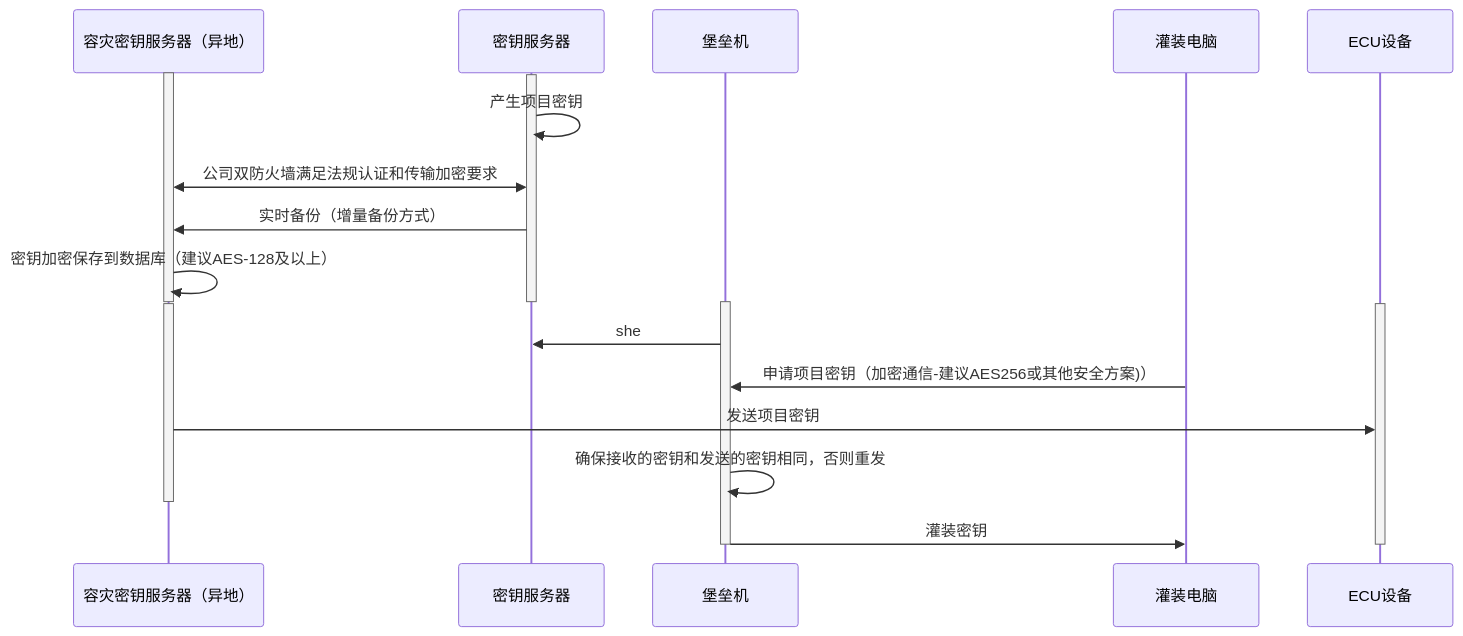
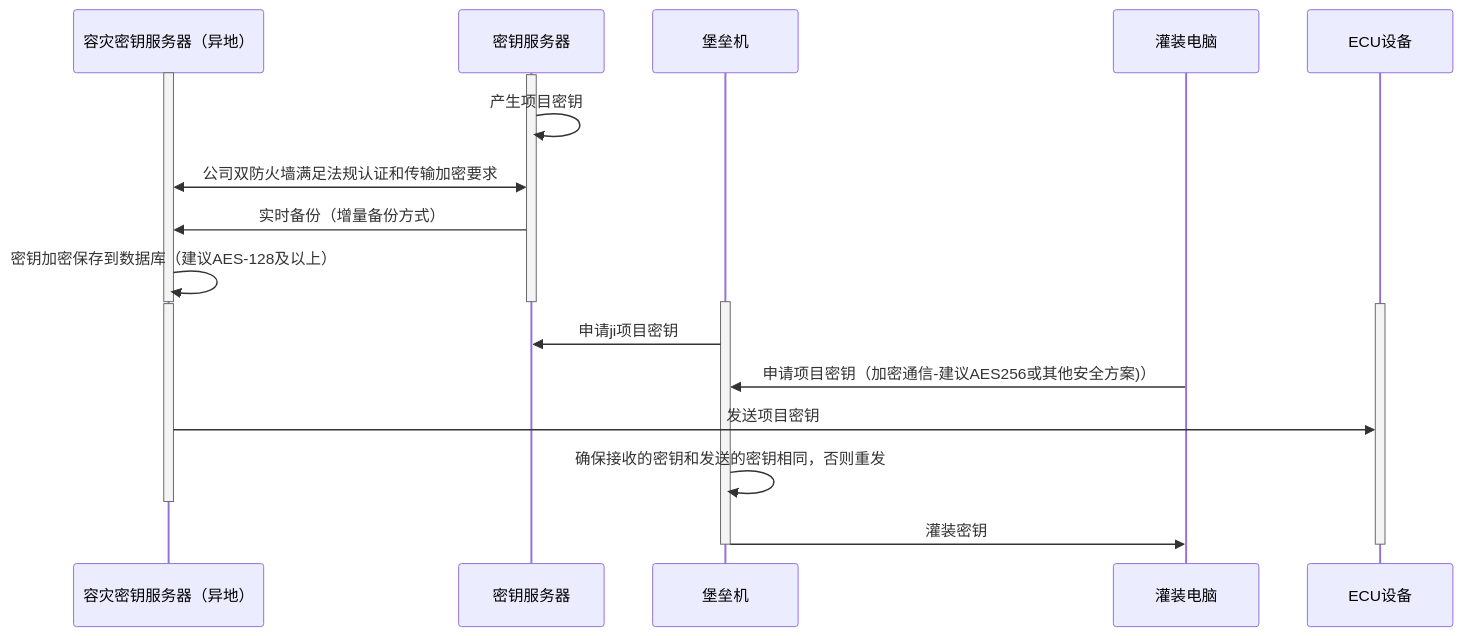
One commit to facebook-cloud/iodraw-files changed the diagram in all/未命名-15.md. Above: the diagram before and after it, drawn with Mermaid.

Commit message:
2026-02-07 10:06:41 update

````diff
--- a/all/未命名-15.md
+++ b/all/未命名-15.md
@@ -1,32 +1,32 @@
 ```mermaid
 sequenceDiagram
     participant A as 容灾密钥服务器（异地）
     participant B as 密钥服务器
     participant C as 堡垒机
     participant D as 灌装电脑
     participant E as ECU设备
 
     activate A
     activate B
     B->>B: 产生项目密钥
     A<<->>B: 公司双防火墙满足法规认证和传输加密要求
     B->>A: 实时备份（增量备份方式）
     A->>A: 密钥加密保存到数据库（建议AES-128及以上）
     deactivate B
     deactivate A
 
     activate C
     activate A
     activate E
 
-    C->>B: she
+    C->>B: 申请ji项目密钥
     D->>C: 申请项目密钥（加密通信-建议AES256或其他安全方案)）
     A->>E: 发送项目密钥
 
     C->>C: 确保接收的密钥和发送的密钥相同，否则重发
     deactivate A
     C->>D: 灌装密钥
     deactivate C
     deactivate E
 
 ```
````
